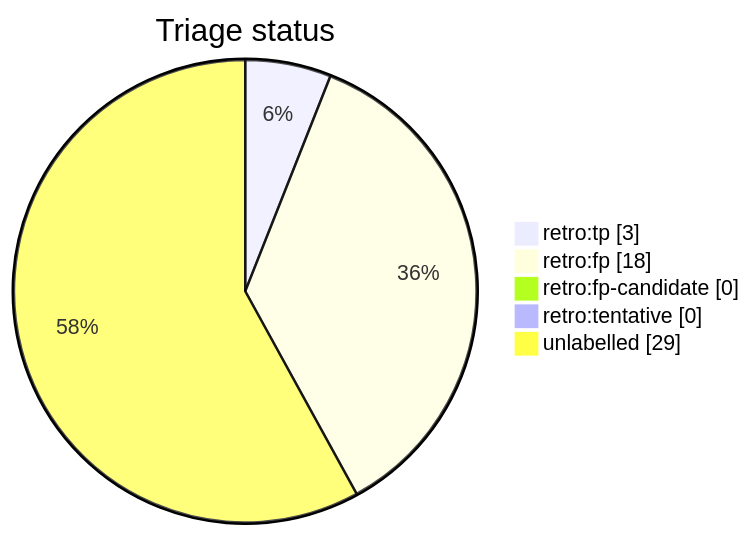
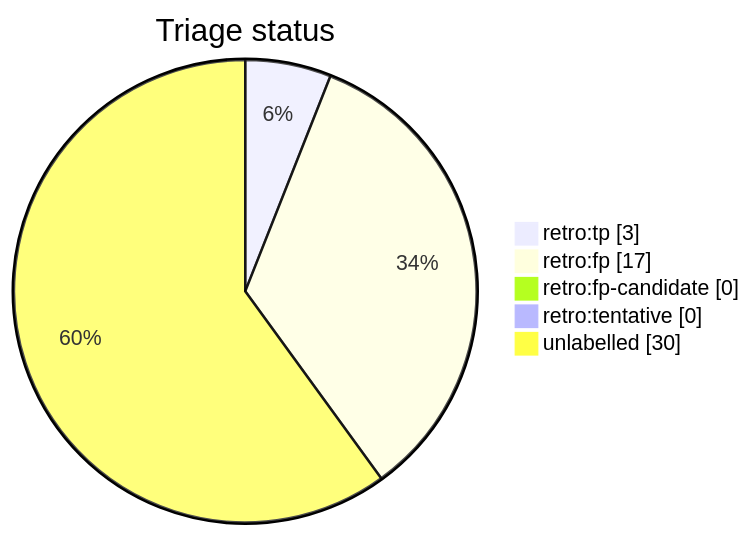
One commit to tvna/claude-md changed the diagram in docs/generated/scripts/auto-retro-triage-report.md. Above: the diagram before and after it, drawn with Mermaid. The commit also changed other lines of this file, not shown here.

First line of the commit message:
chore(auto-retro): refresh triage report

````diff
--- a/docs/generated/scripts/auto-retro-triage-report.md
+++ b/docs/generated/scripts/auto-retro-triage-report.md
@@ -15,9 +15,9 @@
 ```mermaid
 pie showData
     title Triage status
     "retro:tp" : 3
-    "retro:fp" : 18
+    "retro:fp" : 17
     "retro:fp-candidate" : 0
     "retro:tentative" : 0
-    "unlabelled" : 29
+    "unlabelled" : 30
 ```
````
